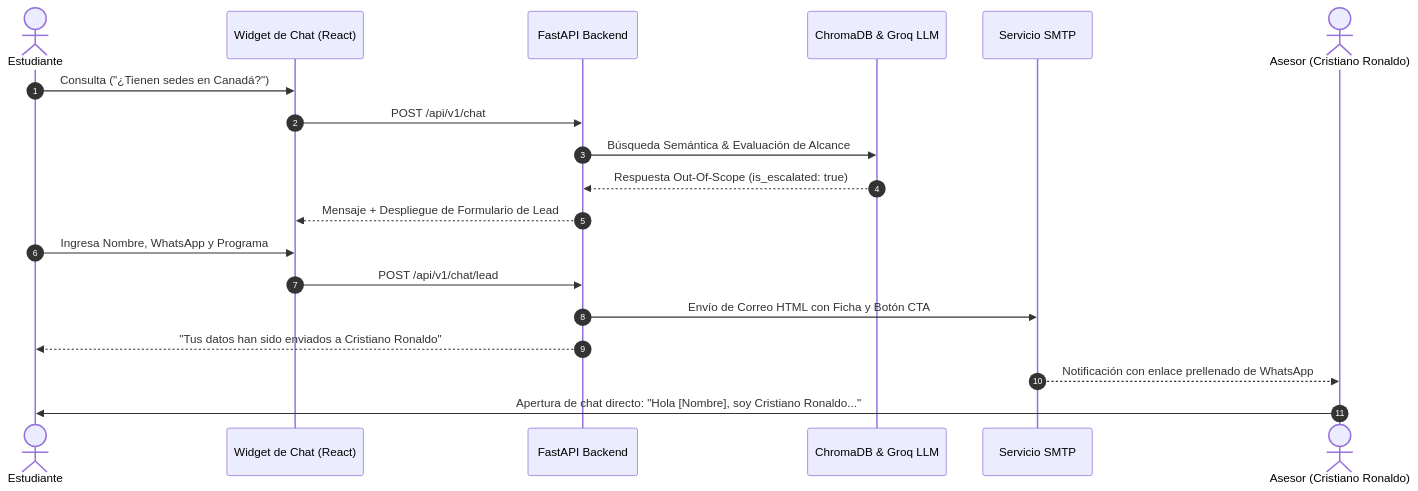
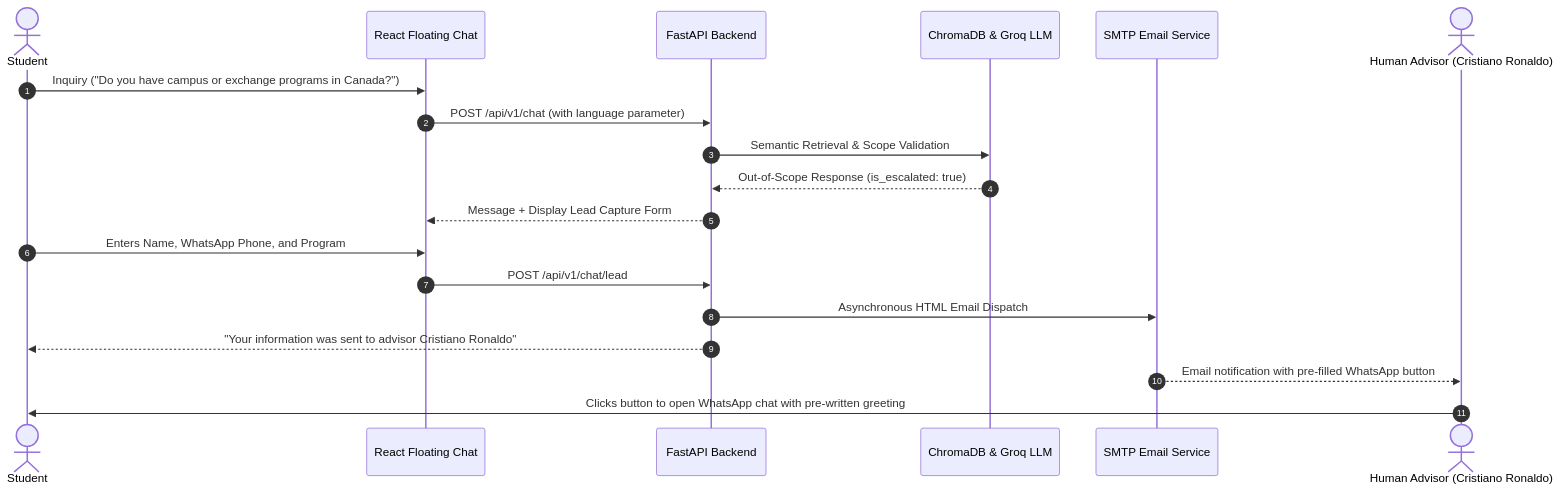
The second of 2 diagrams in DOCUMENTACION.md (Brxynxr/PruebaDesempe-oAI), drawn with Mermaid before and after one commit. The commit also changed other lines of this file and 1 other file, not shown here.

Commit message:
docs: translate README and DOCUMENTATION to English, specifying n8n as future roadmap integration

````diff
--- a/DOCUMENTACION.md
+++ b/DOCUMENTACION.md
@@ -52,22 +49,22 @@
 ```mermaid
 sequenceDiagram
     autonumber
-    actor Estudiante
-    participant Chat as Widget de Chat (React)
+    actor Student
+    participant Chat as React Floating Chat
     participant API as FastAPI Backend
     participant RAG as ChromaDB & Groq LLM
-    participant Mail as Servicio SMTP
-    actor Asesor as Asesor (Cristiano Ronaldo)
+    participant Mail as SMTP Email Service
+    actor Advisor as Human Advisor (Cristiano Ronaldo)
 
-    Estudiante->>Chat: Consulta ("¿Tienen sedes en Canadá?")
-    Chat->>API: POST /api/v1/chat
-    API->>RAG: Búsqueda Semántica & Evaluación de Alcance
-    RAG-->>API: Respuesta Out-Of-Scope (is_escalated: true)
-    API-->>Chat: Mensaje + Despliegue de Formulario de Lead
-    Estudiante->>Chat: Ingresa Nombre, WhatsApp y Programa
+    Student->>Chat: Inquiry ("Do you have campus or exchange programs in Canada?")
+    Chat->>API: POST /api/v1/chat (with language parameter)
+    API->>RAG: Semantic Retrieval & Scope Validation
+    RAG-->>API: Out-of-Scope Response (is_escalated: true)
+    API-->>Chat: Message + Display Lead Capture Form
+    Student->>Chat: Enters Name, WhatsApp Phone, and Program
     Chat->>API: POST /api/v1/chat/lead
-    API->>Mail: Envío de Correo HTML con Ficha y Botón CTA
-    API-->>Estudiante: "Tus datos han sido enviados a Cristiano Ronaldo"
-    Mail-->>Asesor: Notificación con enlace prellenado de WhatsApp
-    Asesor->>Estudiante: Apertura de chat directo: "Hola [Nombre], soy Cristiano Ronaldo..."
+    API->>Mail: Asynchronous HTML Email Dispatch
+    API-->>Student: "Your information was sent to advisor Cristiano Ronaldo"
+    Mail-->>Advisor: Email notification with pre-filled WhatsApp button
+    Advisor->>Student: Clicks button to open WhatsApp chat with pre-written greeting
 ```
````
